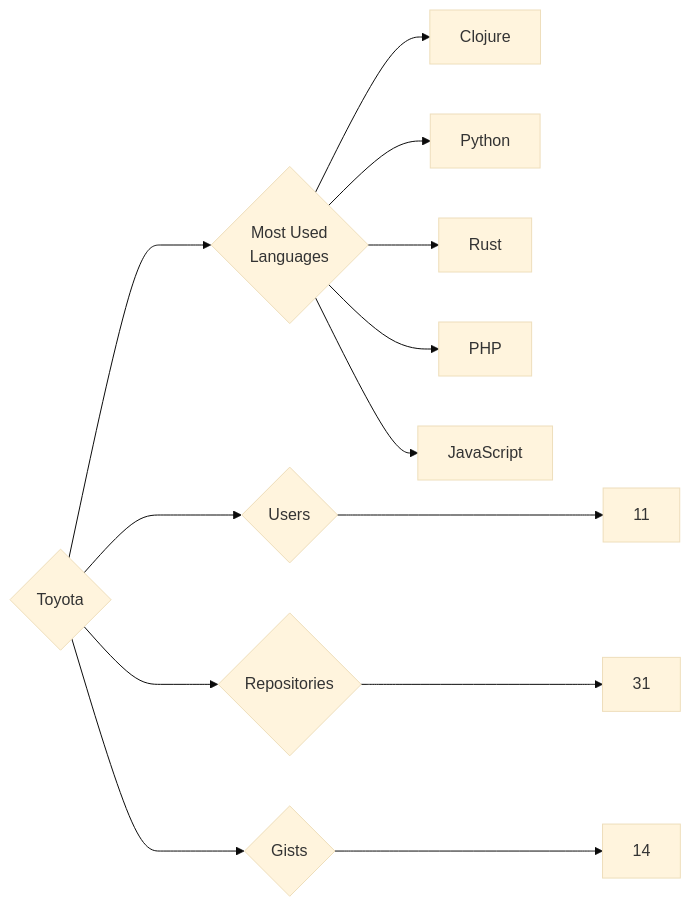
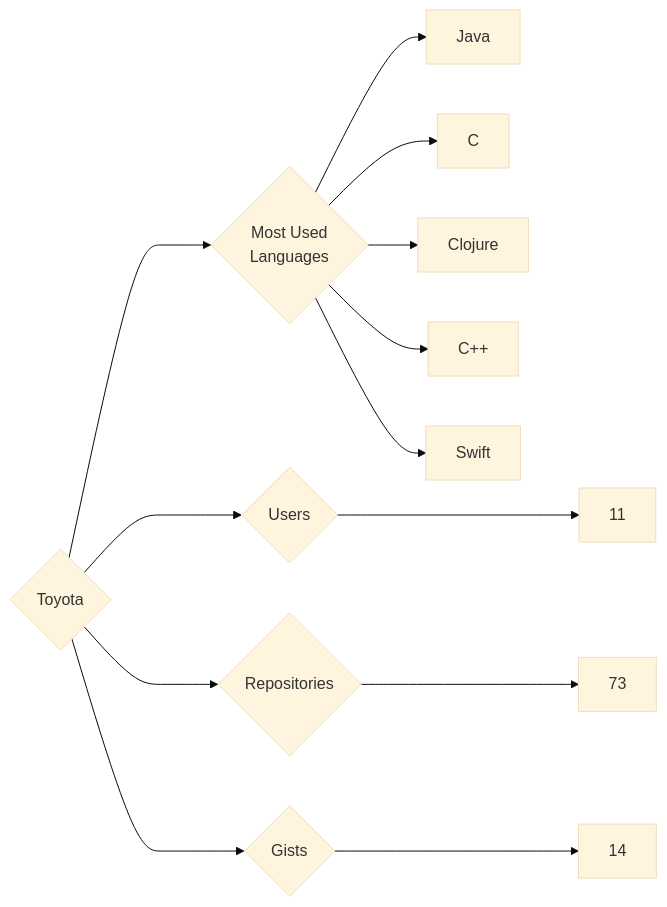
One commit to trickest/insiders changed the diagram in targets/Toyota/README.md. Above: the diagram before and after it, drawn with Mermaid (base theme). The commit also changed 1479 other files, not shown here.

````diff
--- a/targets/Toyota/README.md
+++ b/targets/Toyota/README.md
@@ -3,13 +3,13 @@
 ```mermaid
 graph LR
 COMPANY_NAME{Toyota}
 COMPANY_NAME ---> U{Users} ---> UN[11]
-COMPANY_NAME ---> R{Repositories} ---> RN[31]
+COMPANY_NAME ---> R{Repositories} ---> RN[73]
 COMPANY_NAME ---> G{Gists} ---> GN[14]
 COMPANY_NAME ---> ML{Most Used<br>Languages}
+ML --> Java[Java]
+ML --> C[C]
 ML --> Clojure[Clojure]
-ML --> Python[Python]
-ML --> Rust[Rust]
-ML --> PHP[PHP]
-ML --> JavaScript[JavaScript]
+ML --> C++[C++]
+ML --> Swift[Swift]
 ```
````
